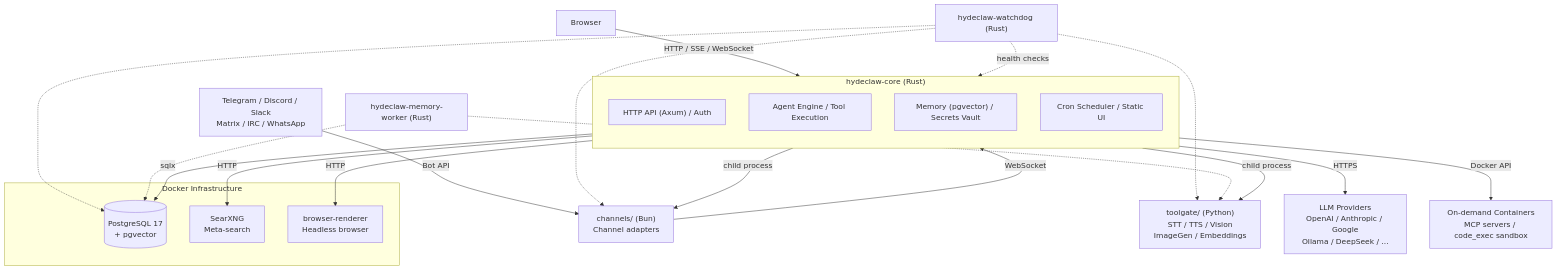
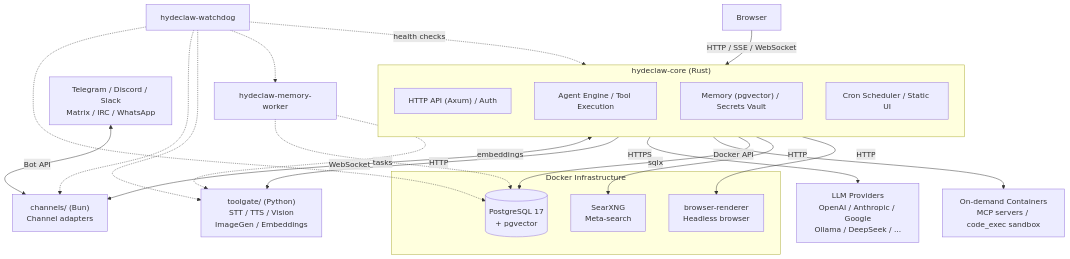
The diagram in README.md (AronMav/hydeclaw), drawn with Mermaid before and after one commit. The commit also changed other lines of this file, not shown here.

Commit message:
docs: final architecture diagram corrections
- Use bidirectional arrows for channels ↔ platforms and core ↔ channels
- Change core → toolgate label from 'child process' to 'HTTP' (actual data flow)
- Add missing watchdog → worker health check edge
- Add protocol labels on worker edges (tasks, embeddings)
- Add note clarifying child processes vs independent systemd services

````diff
--- a/README.md
+++ b/README.md
@@ -127,38 +127,38 @@
 ```mermaid
 graph TD
     web["Browser"]
     web -->|"HTTP / SSE / WebSocket"| core
     platforms["Telegram / Discord / Slack\nMatrix / IRC / WhatsApp"]
-    platforms -->|"Bot API"| channels
+    platforms <-->|"Bot API"| channels
 
     subgraph core["hydeclaw-core (Rust)"]
         direction TB
         api["HTTP API (Axum) / Auth"]
         engine["Agent Engine / Tool Execution"]
         memory["Memory (pgvector) / Secrets Vault"]
         scheduler["Cron Scheduler / Static UI"]
     end
 
-    core -->|"child process"| channels["channels/ (Bun)\nChannel adapters"]
-    channels -->|"WebSocket"| core
-    core -->|"child process"| toolgate["toolgate/ (Python)\nSTT / TTS / Vision\nImageGen / Embeddings"]
+    core <-->|"WebSocket"| channels["channels/ (Bun)\nChannel adapters"]
+    core -->|"HTTP"| toolgate["toolgate/ (Python)\nSTT / TTS / Vision\nImageGen / Embeddings"]
     core -->|"HTTPS"| llm["LLM Providers\nOpenAI / Anthropic / Google\nOllama / DeepSeek / ..."]
     core -->|"Docker API"| containers["On-demand Containers\nMCP servers / code_exec sandbox"]
 
     subgraph infra["Docker Infrastructure"]
         pg[("PostgreSQL 17\n+ pgvector")]
         searxng["SearXNG\nMeta-search"]
         browser["browser-renderer\nHeadless browser"]
     end
 
     core -->|"sqlx"| pg
     core -->|"HTTP"| searxng
     core -->|"HTTP"| browser
 
-    watchdog["hydeclaw-watchdog (Rust)"] -.->|"health checks"| core
+    watchdog["hydeclaw-watchdog"] -.->|"health checks"| core
     watchdog -.-> pg
     watchdog -.-> channels
     watchdog -.-> toolgate
-    worker["hydeclaw-memory-worker (Rust)"] -.-> pg
-    worker -.-> toolgate
+    watchdog -.-> worker
+    worker["hydeclaw-memory-worker"] -.->|"tasks"| pg
+    worker -.->|"embeddings"| toolgate
 ```
````
